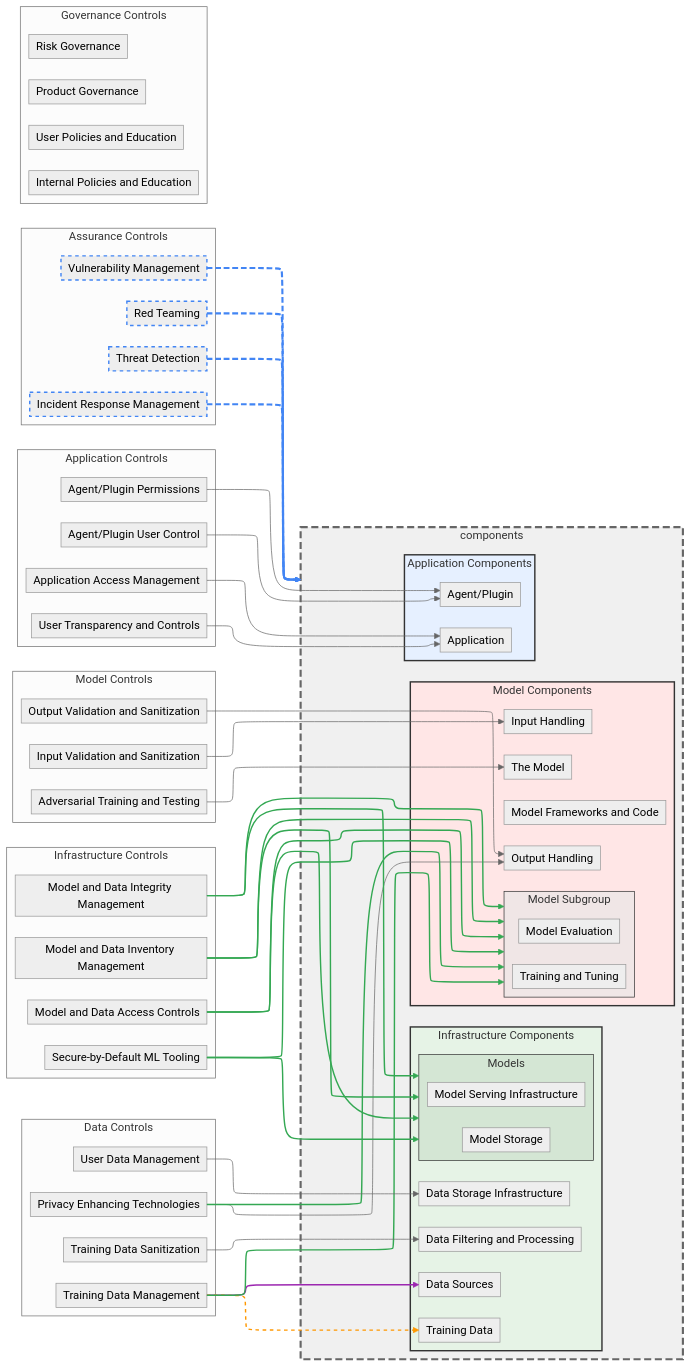
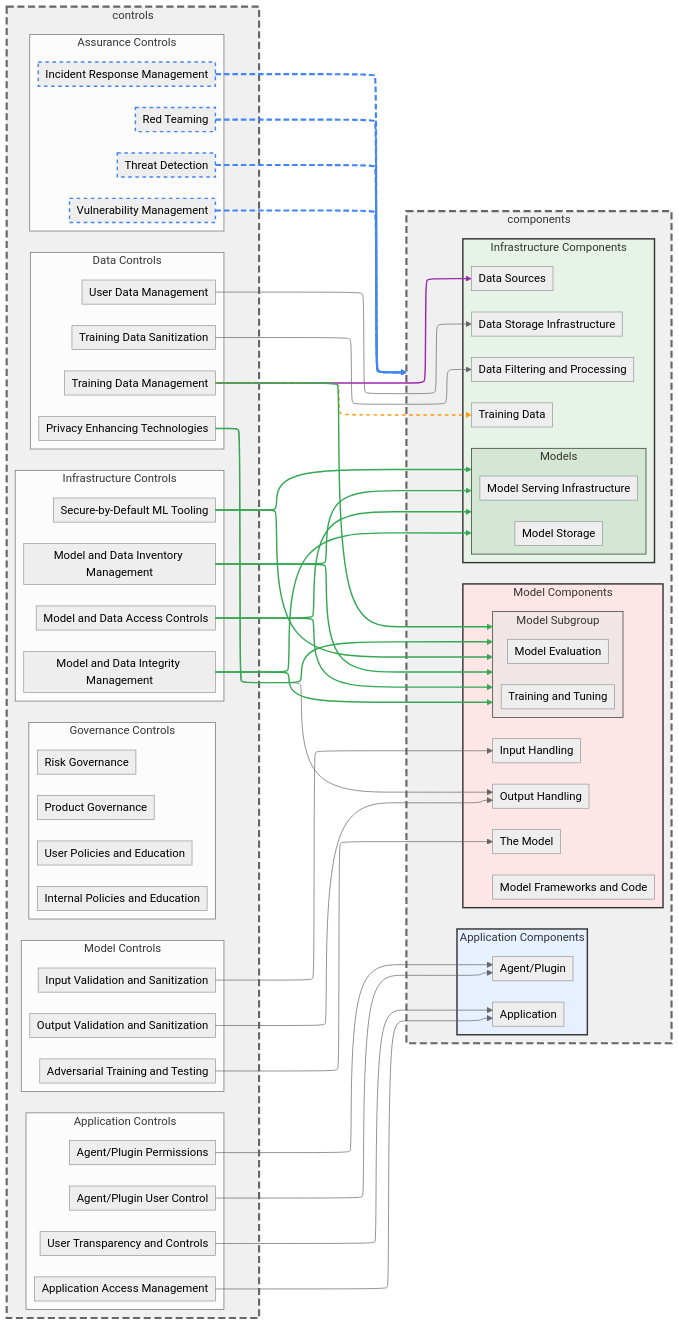
One commit to davidlabianca/secure-ai-tooling changed the diagram in risk-map/docs/controls-graph.md. Above: the diagram before and after it, drawn with Mermaid (neutral theme). The commit also changed 2 other files, not shown here.

Commit message:
Updated graph outputs

```diff
--- a/risk-map/docs/controls-graph.md
+++ b/risk-map/docs/controls-graph.md
@@ -12,6 +12,7 @@
     classDef hidden display: none;
     classDef allControl stroke:#4285f4,stroke-width:2px,stroke-dasharray: 5 5
 
+    subgraph controls
     subgraph controlsData ["Data Controls"]
         controlPrivacyEnhancingTechnologies[Privacy Enhancing Technologies]
         controlTrainingDataManagement[Training Data Management]
@@ -52,6 +53,8 @@
         controlProductGovernance[Product Governance]
         controlRiskGovernance[Risk Governance]
         controlUserPoliciesAndEducation[User Policies and Education]
+    end
+
     end
 
     subgraph components
@@ -126,6 +129,7 @@
 
 %% Node style definitions
     style components fill:#f0f0f0,stroke:#666666,stroke-width:3px,stroke-dasharray: 10 5
+    style controls fill:#f0f0f0,stroke:#666666,stroke-width:3px,stroke-dasharray: 10 5
     style componentsInfrastructure fill:#e6f3e6,stroke:#333333,stroke-width:2px
     style componentsApplication fill:#e6f0ff,stroke:#333333,stroke-width:2px
     style componentsModel fill:#ffe6e6,stroke:#333333,stroke-width:2px
```
